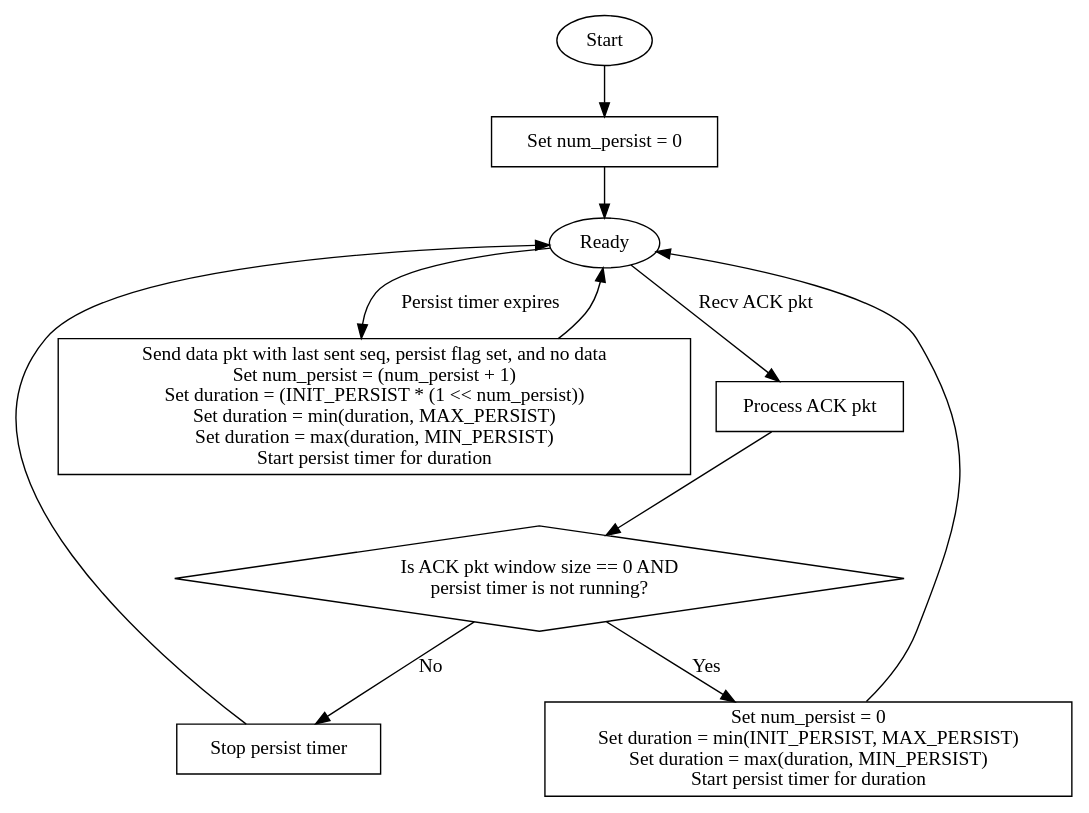
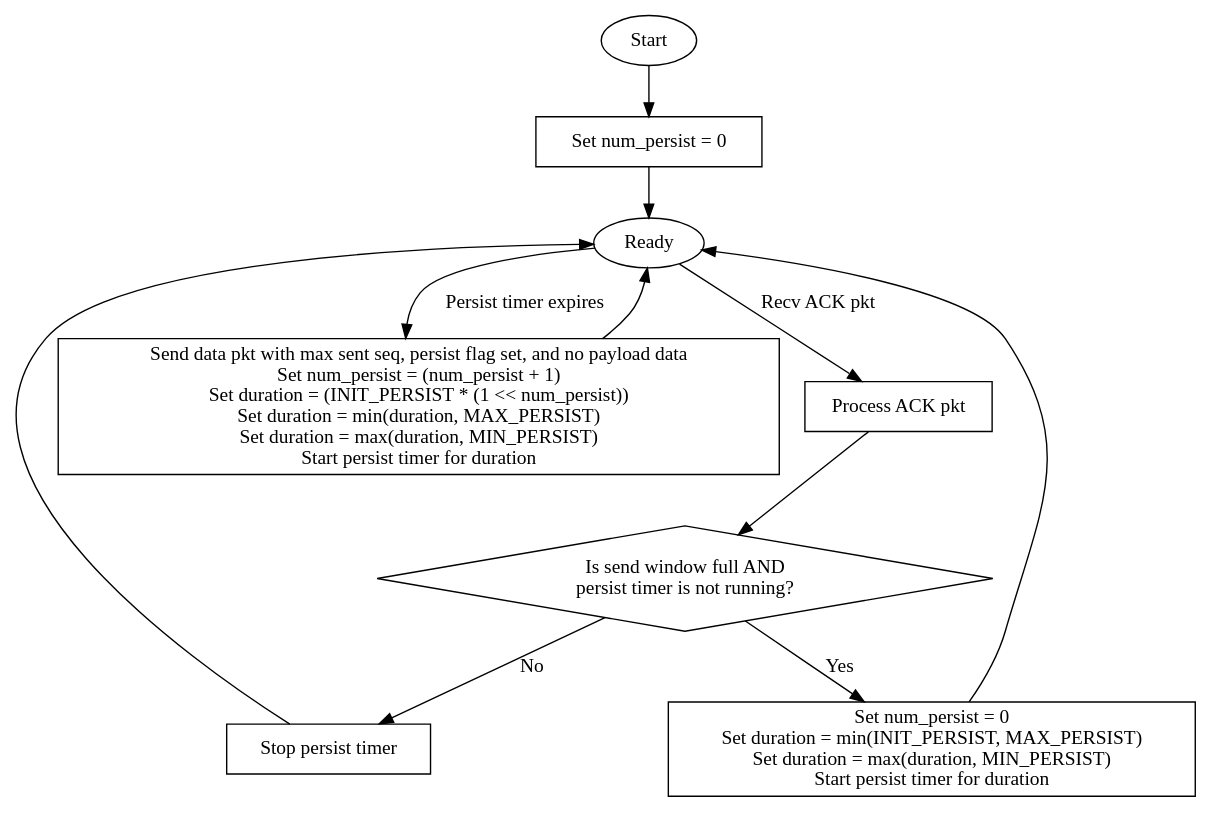
Before and after one commit to raytheonbbn/IRON: the diagram in iron/sliq/doc/sliq_persist.dot, drawn with Graphviz. The commit also changed 199 other files, not shown here.

```diff
--- a/iron/sliq/doc/sliq_persist.dot
+++ b/iron/sliq/doc/sliq_persist.dot
@@ -1,25 +1,25 @@
 digraph sliq_persist {
     strt [ shape = ellipse, label = "Start" ];
     redy [ shape = ellipse, label = "Ready" ];
     init [ shape = box,     label = "Set num_persist = 0" ];
     blk1 [ shape = box,     label = "Process ACK pkt" ];
     blk2 [ shape = box,     label = "Stop persist timer" ];
     blk3 [ shape = box,     label = "Set num_persist = 0\nSet duration = min(INIT_PERSIST, MAX_PERSIST)\nSet duration = max(duration, MIN_PERSIST)\nStart persist timer for duration" ];
-    blk4 [ shape = box,     label = "Send data pkt with last sent seq, persist flag set, and no data\nSet num_persist = (num_persist + 1)\nSet duration = (INIT_PERSIST * (1 << num_persist))\nSet duration = min(duration, MAX_PERSIST)\nSet duration = max(duration, MIN_PERSIST)\nStart persist timer for duration" ];
-    dsc1 [ shape = diamond, label = "Is ACK pkt window size == 0 AND\npersist timer is not running?" ];
+    blk4 [ shape = box,     label = "Send data pkt with max sent seq, persist flag set, and no payload data\nSet num_persist = (num_persist + 1)\nSet duration = (INIT_PERSIST * (1 << num_persist))\nSet duration = min(duration, MAX_PERSIST)\nSet duration = max(duration, MIN_PERSIST)\nStart persist timer for duration" ];
+    dsc1 [ shape = diamond, label = "Is send window full AND\npersist timer is not running?" ];
 
     strt -> init;
     init -> redy;
 
     redy -> blk1 [ label = "Recv ACK pkt" ];
     blk1 -> dsc1;
 
     dsc1 -> blk2 [ label = "No" ];
     blk2 -> redy;
 
     dsc1 -> blk3 [ label = "Yes" ];
     blk3 -> redy;
 
     redy -> blk4 [ label = "Persist timer expires" ];
     blk4 -> redy;
 }
```
